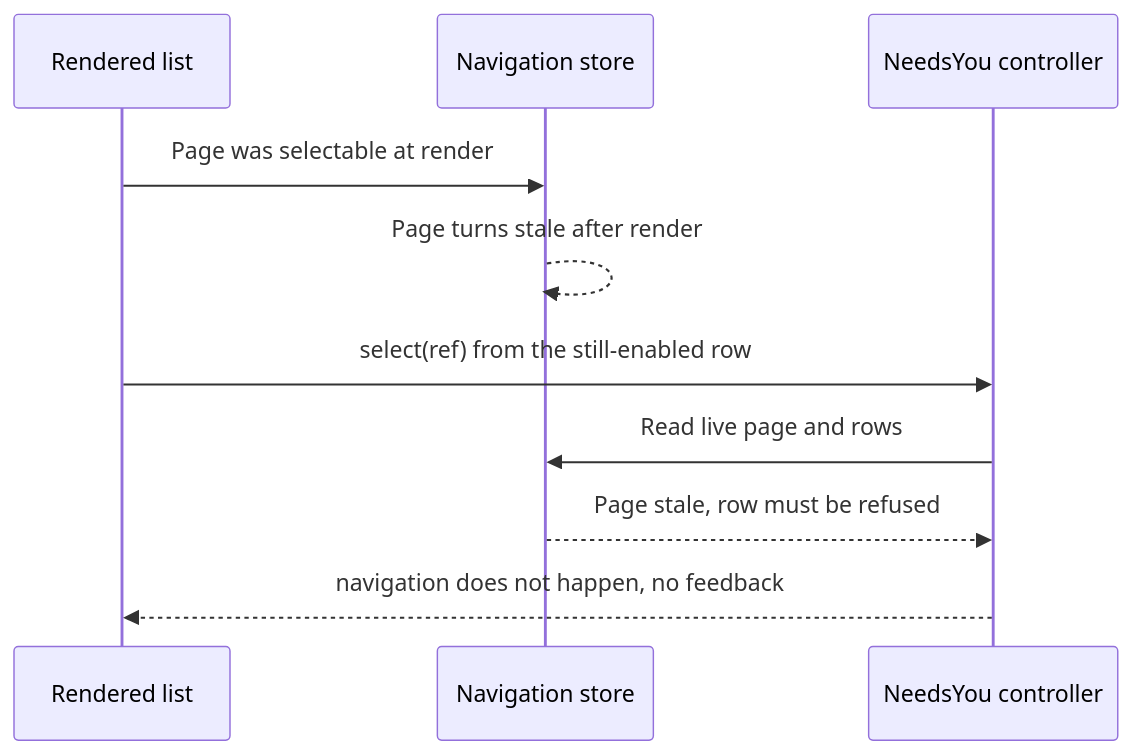
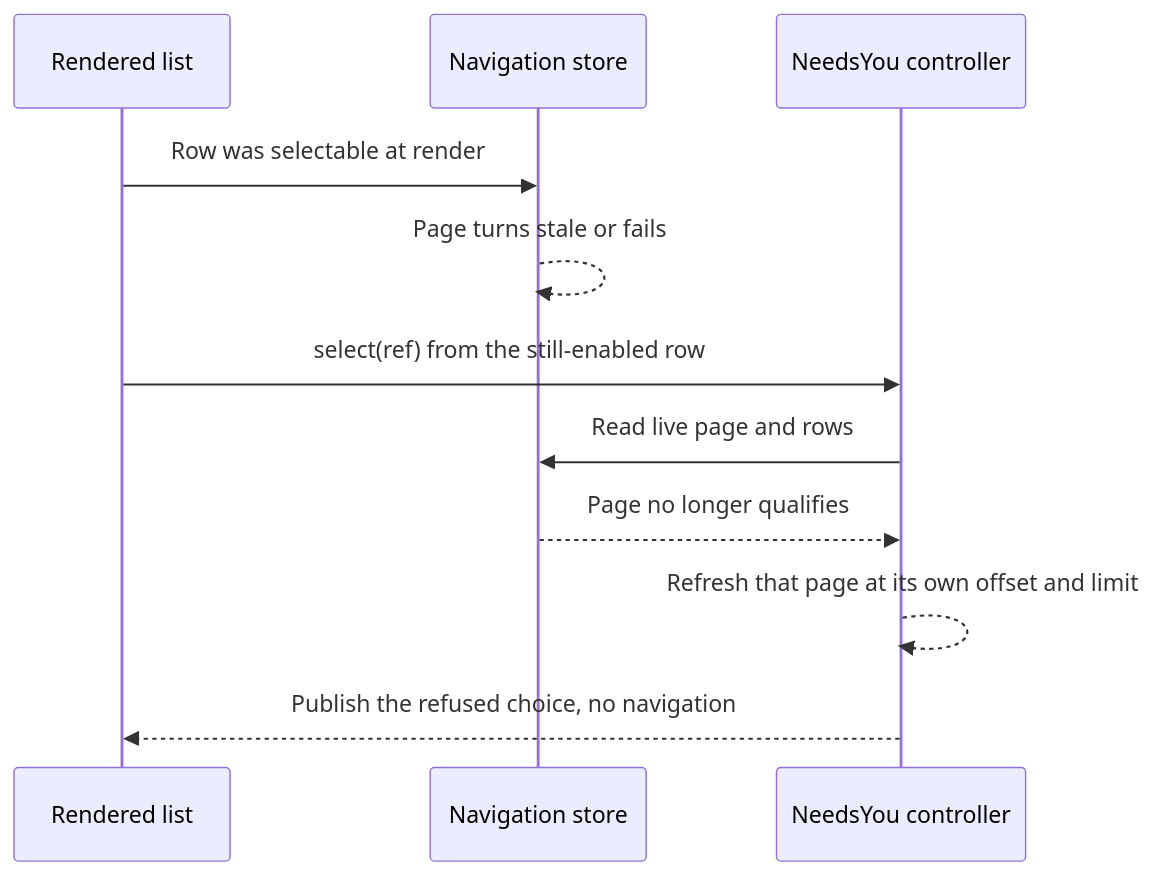
Before and after one commit to prime-radiant-inc/evener: the diagram in docs/superpowers/specs/2026-10-24-issue-4846-stale-next-rows.md, drawn with Mermaid. The commit also changed other lines of this file, not shown here.

Commit message:
docs(web): revise stale Next-needs-you spec after PAR (#4846)

````diff
--- a/docs/superpowers/specs/2026-10-24-issue-4846-stale-next-rows.md
+++ b/docs/superpowers/specs/2026-10-24-issue-4846-stale-next-rows.md
@@ -54,12 +68,13 @@
 ```mermaid
 sequenceDiagram
   participant R as Rendered list
   participant N as Navigation store
   participant C as NeedsYou controller
-  R->>N: Page was selectable at render
-  N-->>N: Page turns stale after render
+  R->>N: Row was selectable at render
+  N-->>N: Page turns stale or fails
   R->>C: select(ref) from the still-enabled row
   C->>N: Read live page and rows
-  N-->>C: Page stale, row must be refused
-  C-->>R: navigation does not happen, no feedback
+  N-->>C: Page no longer qualifies
+  C-->>C: Refresh that page at its own offset and limit
+  C-->>R: Publish the refused choice, no navigation
 ```
````
